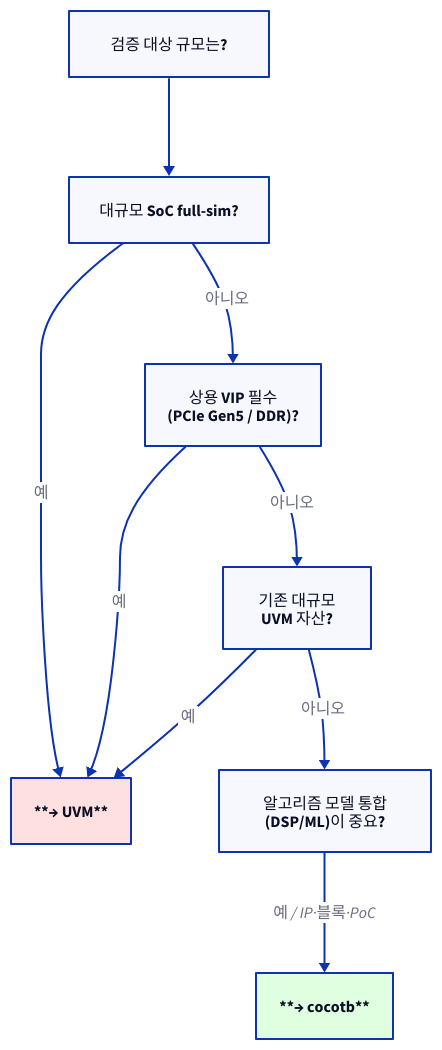
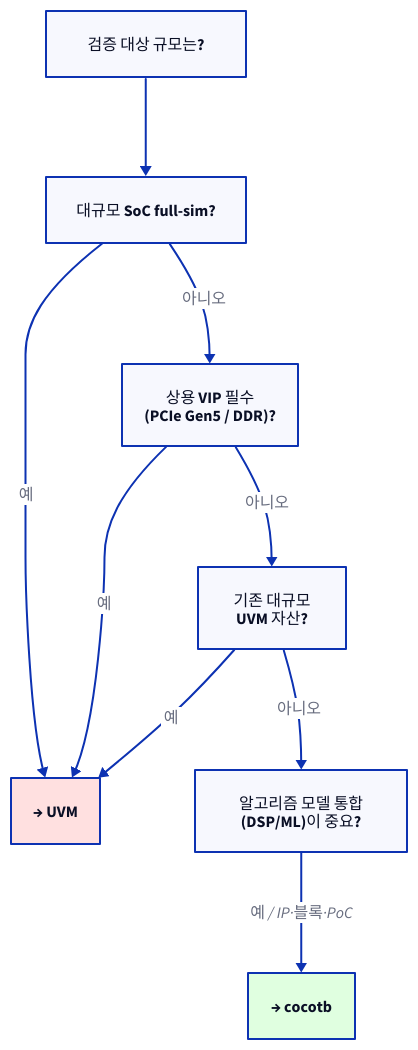
Before and after one commit to humbleowl39/DV_SKOOL: the first of 2 diagrams in starlight_site/src/content/docs/cocotb/03_when_to_use_tradeoffs.md, drawn with D2. The commit also changed other lines of this file and 714 other files, not shown here.

First line of the commit message:
fix(site): d2 다이어그램 가독성 결함 6종 일괄 수정

````diff
--- a/starlight_site/src/content/docs/cocotb/03_when_to_use_tradeoffs.md
+++ b/starlight_site/src/content/docs/cocotb/03_when_to_use_tradeoffs.md
@@ -43,20 +43,20 @@
 ```d2
 direction: down
 
 Q1: "검증 대상 규모는?"
 SOC: "대규모 SoC full-sim?"
 VIP: "상용 VIP 필수\n(PCIe Gen5 / DDR)?"
 ASSET: "기존 대규모\nUVM 자산?"
 ALGO: "알고리즘 모델 통합\n(DSP/ML)이 중요?"
-UVM: "**→ UVM**" { style.fill: "#ffe0e0"; style.font-color: "#0A0F25" }
-COCO: "**→ cocotb**" { style.fill: "#e0ffe0"; style.font-color: "#0A0F25" }
+UVM: "→ UVM" { style.fill: "#ffe0e0"; style.font-color: "#0A0F25" }
+COCO: "→ cocotb" { style.fill: "#e0ffe0"; style.font-color: "#0A0F25" }
 
 Q1 -> SOC
 SOC -> UVM: "예"
 SOC -> VIP: "아니오"
 VIP -> UVM: "예"
 VIP -> ASSET: "아니오"
 ASSET -> UVM: "예"
 ASSET -> ALGO: "아니오"
 ALGO -> COCO: "예 / IP·블록·PoC"
 ```
````
